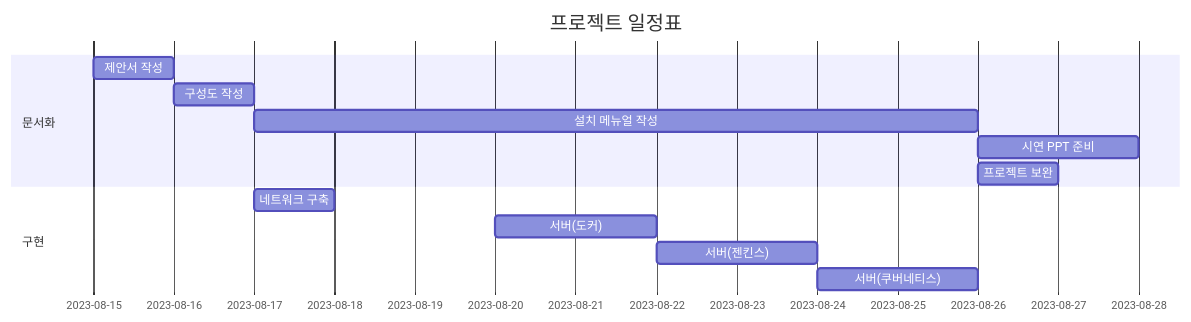
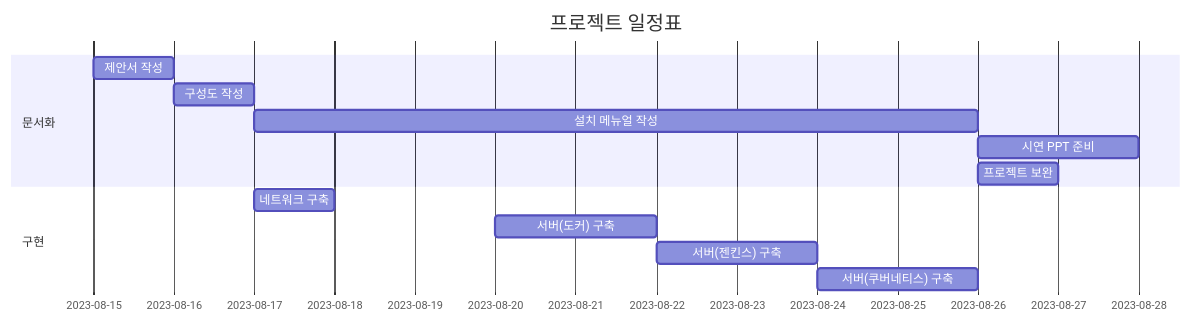
The diagram in README.md (KimJeongHoon190/First_Project), drawn with Mermaid before and after one commit.

Commit message:
수정

````diff
--- a/README.md
+++ b/README.md
@@ -4,17 +4,17 @@
 ```mermaid
 gantt
     title 프로젝트 일정표
     dateFormat  YYYY-MM-DD
     section 문서화
     제안서 작성  : a1, 2023-08-15, 1d
     구성도 작성  : after a1, 1d
     설치 메뉴얼 작성 : after a1, 2023-08-17, 9d
     시연 PPT 준비 : after a1, 2023-08-26, 2d
     프로젝트 보완 : after a1, 2023-08-26, 1d
 
     section 구현
     네트워크 구축   : b1, 2023-08-17, 1d
-    서버(도커) : b2, 2023-08-20, 2d
-    서버(젠킨스) :after b2 , 2d
-    서버(쿠버네티스) : after b2, 2023-08-24, 2d
+    서버(도커) 구축: b2, 2023-08-20, 2d
+    서버(젠킨스) 구축 :after b2 , 2d
+    서버(쿠버네티스) 구축: after b2, 2023-08-24, 2d
 ```
````
